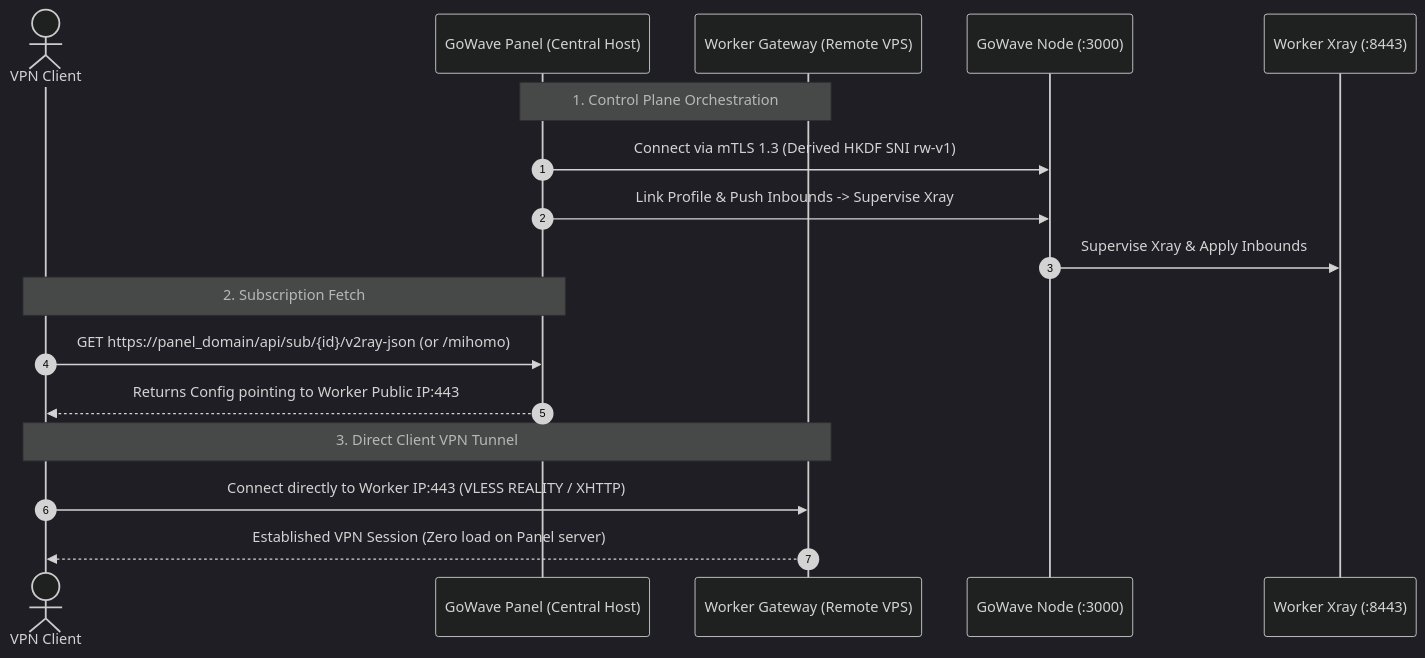
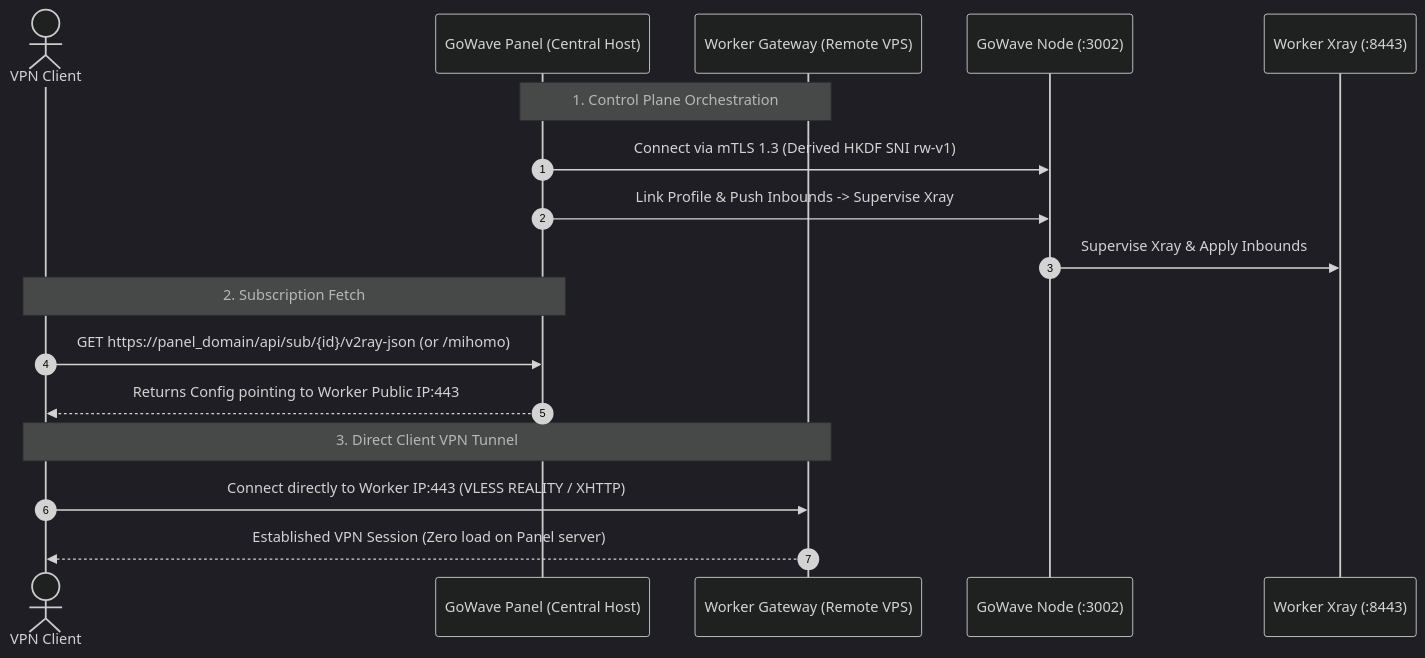
One commit to satanmaker/gowave-auto-nginx changed the second of 2 diagrams in openspec/changes/gowave-auto-nginx/design.md. Above: the diagram before and after it, drawn with Mermaid (dark theme). The commit also changed other lines of this file and 6 other files, not shown here.

````diff
--- a/openspec/changes/gowave-auto-nginx/design.md
+++ b/openspec/changes/gowave-auto-nginx/design.md
@@ -91,22 +91,22 @@
 ```mermaid
 sequenceDiagram
     autonumber
     actor Client as VPN Client
     participant Panel as GoWave Panel (Central Host)
     participant Worker as Worker Gateway (Remote VPS)
-    participant NodeDaemon as GoWave Node (:3000)
+    participant NodeDaemon as GoWave Node (:3002)
     participant WorkerXray as Worker Xray (:8443)
 
     Note over Panel,Worker: 1. Control Plane Orchestration
     Panel->>NodeDaemon: Connect via mTLS 1.3 (Derived HKDF SNI rw-v1)
     Panel->>NodeDaemon: Link Profile & Push Inbounds -> Supervise Xray
     NodeDaemon->>WorkerXray: Supervise Xray & Apply Inbounds
 
     Note over Client,Panel: 2. Subscription Fetch
     Client->>Panel: GET https://panel_domain/api/sub/{id}/v2ray-json (or /mihomo)
     Panel-->>Client: Returns Config pointing to Worker Public IP:443
 
     Note over Client,Worker: 3. Direct Client VPN Tunnel
     Client->>Worker: Connect directly to Worker IP:443 (VLESS REALITY / XHTTP)
     Worker-->>Client: Established VPN Session (Zero load on Panel server)
 ```
````
